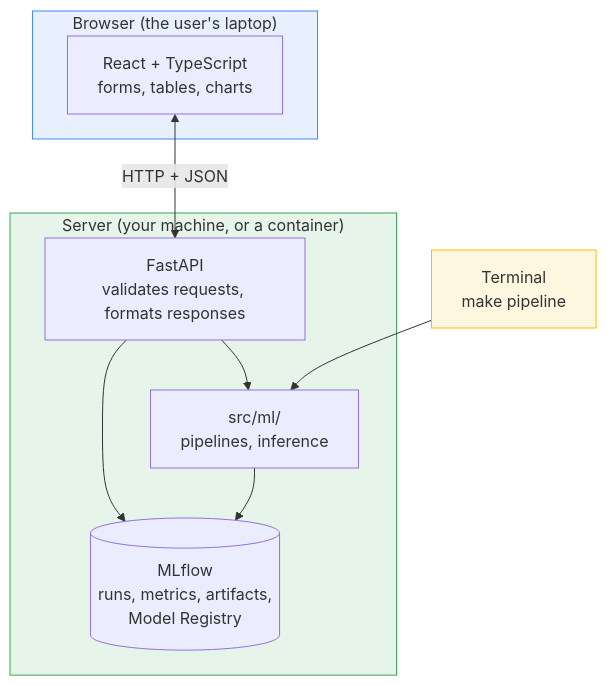
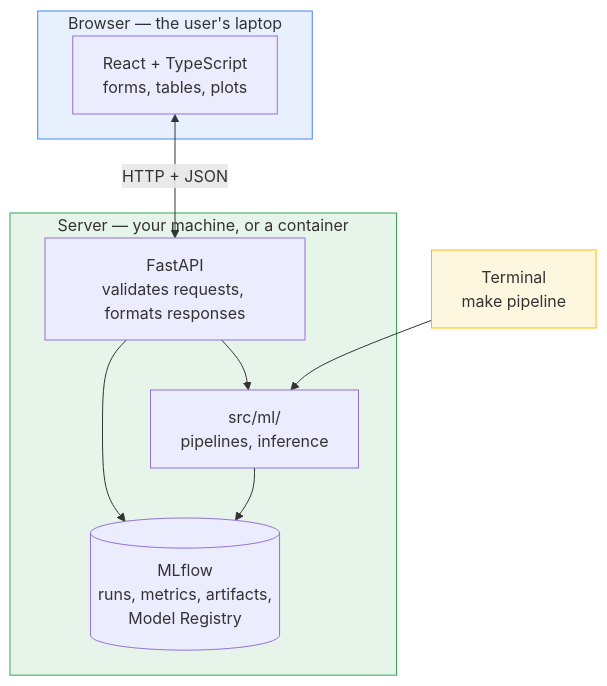
The diagram in docs/architecture.md (marzimin/ds-template), drawn with Mermaid before and after one commit. The commit also changed other lines of this file and 4 other files, not shown here.

````diff
--- a/docs/architecture.md
+++ b/docs/architecture.md
@@ -107,24 +87,24 @@
 ```mermaid
 flowchart TD
-    subgraph browser["Browser (the user's laptop)"]
-        UI["React + TypeScript<br/>forms, tables, charts"]
+    subgraph browser["Browser — the user's laptop"]
+        UI["React + TypeScript<br/>forms, tables, plots"]
     end
 
-    subgraph server["Server (your machine, or a container)"]
+    subgraph server["Server — your machine, or a container"]
         API["FastAPI<br/>validates requests, formats responses"]
         ML["src/ml/<br/>pipelines, inference"]
         MLF[("MLflow<br/>runs, metrics, artifacts,<br/>Model Registry")]
     end
 
     CLI["Terminal<br/>make pipeline"]
 
     UI <-->|"HTTP + JSON"| API
     API --> ML
     ML --> MLF
     API --> MLF
     CLI --> ML
 
     style browser fill:#e8f0fe,stroke:#4285f4
     style server fill:#e6f4ea,stroke:#34a853
     style CLI fill:#fef7e0,stroke:#fbbc04
 ```
````
